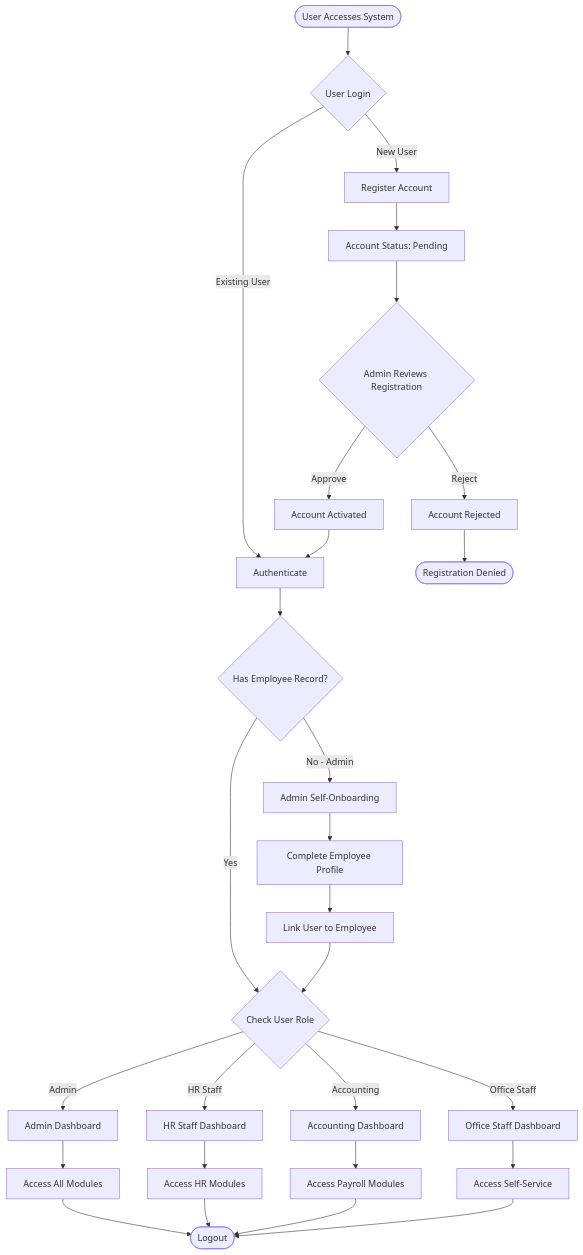
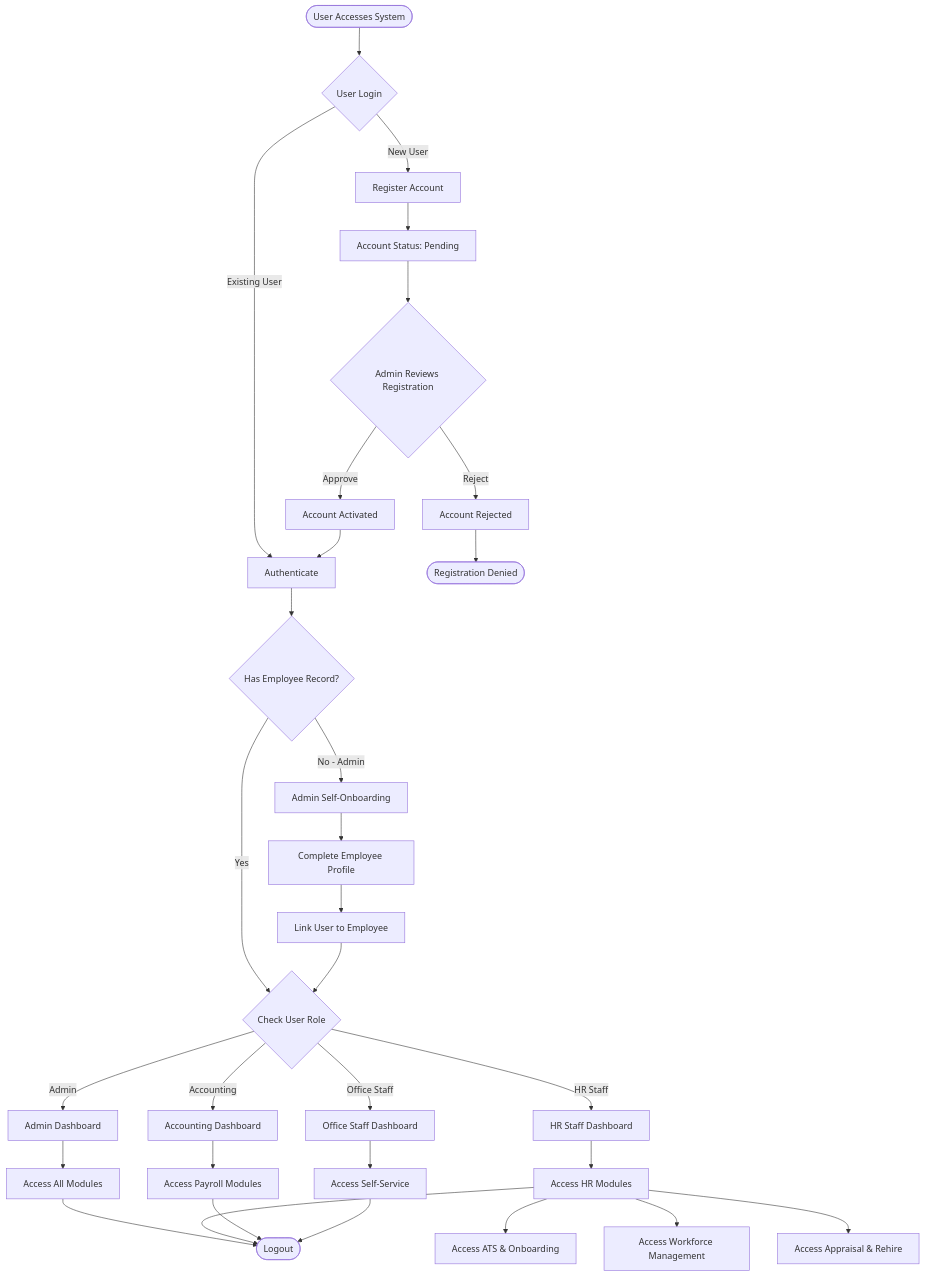
The first of 7 diagrams in docs/SYSTEM_WORKFLOW_FLOWCHART.md (max31337/cameco), drawn with Mermaid before and after one commit. The commit also changed other lines of this file and 11 other files, not shown here.

````diff
--- a/docs/SYSTEM_WORKFLOW_FLOWCHART.md
+++ b/docs/SYSTEM_WORKFLOW_FLOWCHART.md
@@ -16,37 +16,40 @@
 ```mermaid
 graph TD
     Start([User Accesses System]) --> Login{User Login}
     Login -->|New User| Register[Register Account]
     Login -->|Existing User| Auth[Authenticate]
     
     Register --> Pending[Account Status: Pending]
     Pending --> AdminReview{Admin Reviews Registration}
     AdminReview -->|Approve| Approved[Account Activated]
     AdminReview -->|Reject| Rejected[Account Rejected]
     Rejected --> End1([Registration Denied])
     
     Approved --> Auth
     Auth --> CheckEmployee{Has Employee Record?}
     
     CheckEmployee -->|No - Admin| SelfOnboard[Admin Self-Onboarding]
     CheckEmployee -->|Yes| RoleCheck{Check User Role}
     
     SelfOnboard --> CompleteProfile[Complete Employee Profile]
     CompleteProfile --> LinkEmployee[Link User to Employee]
     LinkEmployee --> RoleCheck
     
     RoleCheck -->|Admin| AdminDash[Admin Dashboard]
     RoleCheck -->|HR Staff| HRDash[HR Staff Dashboard]
     RoleCheck -->|Accounting| AcctDash[Accounting Dashboard]
     RoleCheck -->|Office Staff| StaffDash[Office Staff Dashboard]
     
     AdminDash --> AdminModules[Access All Modules]
     HRDash --> HRModules[Access HR Modules]
     AcctDash --> AcctModules[Access Payroll Modules]
     StaffDash --> StaffModules[Access Self-Service]
+    HRModules --> ATS[Access ATS & Onboarding]
+    HRModules --> Workforce[Access Workforce Management]
+    HRModules --> Appraisal[Access Appraisal & Rehire]
     
     AdminModules --> Logout([Logout])
     HRModules --> Logout
     AcctModules --> Logout
     StaffModules --> Logout
 ```
````
